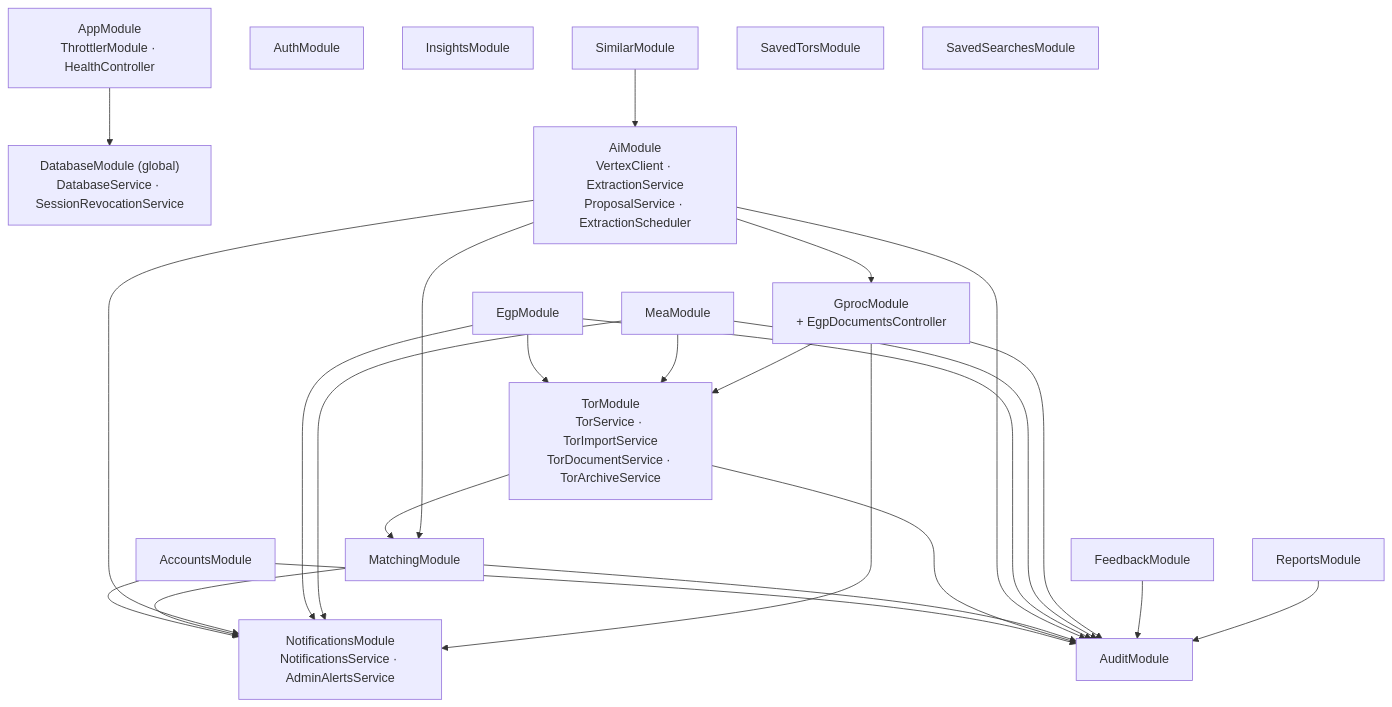
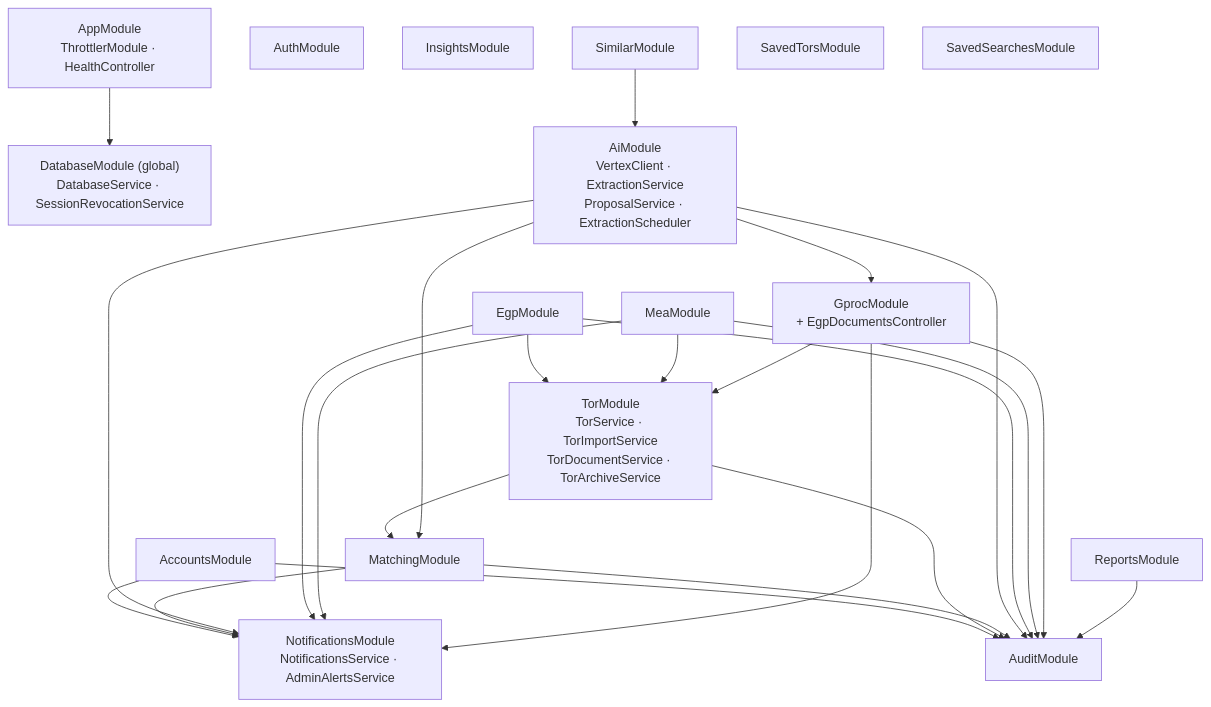
Before and after one commit to PhomMaiWai/TorFinder: the second of 2 diagrams in docs/design/system-architecture.md, drawn with Mermaid. The commit also changed other lines of this file and 47 other files, not shown here.

````diff
--- a/docs/design/system-architecture.md
+++ b/docs/design/system-architecture.md
@@ -92,34 +92,32 @@
 ```mermaid
 flowchart TB
     App["AppModule<br/>ThrottlerModule · HealthController"]
     DBM["DatabaseModule (global)<br/>DatabaseService · SessionRevocationService"]
 
     Auth["AuthModule"]
     Accounts["AccountsModule"]
     Tor["TorModule<br/>TorService · TorImportService<br/>TorDocumentService · TorArchiveService"]
     Matching["MatchingModule"]
     Ai["AiModule<br/>VertexClient · ExtractionService<br/>ProposalService · ExtractionScheduler"]
     Egp["EgpModule"]
     Mea["MeaModule"]
     Gproc["GprocModule<br/>+ EgpDocumentsController"]
-    Feedback["FeedbackModule"]
     Reports["ReportsModule"]
     Insights["InsightsModule"]
     Similar["SimilarModule"]
     SavedTors["SavedTorsModule"]
     SavedSearches["SavedSearchesModule"]
     Notifications["NotificationsModule<br/>NotificationsService · AdminAlertsService"]
     Audit["AuditModule"]
 
     App --> DBM
     Accounts --> Notifications & Audit
     Tor --> Matching & Audit
     Matching --> Notifications & Audit
     Ai --> Gproc & Matching & Notifications & Audit
     Egp --> Tor & Notifications & Audit
     Mea --> Tor & Notifications & Audit
     Gproc --> Tor & Notifications & Audit
-    Feedback --> Audit
     Reports --> Audit
     Similar --> Ai
 ```
````
